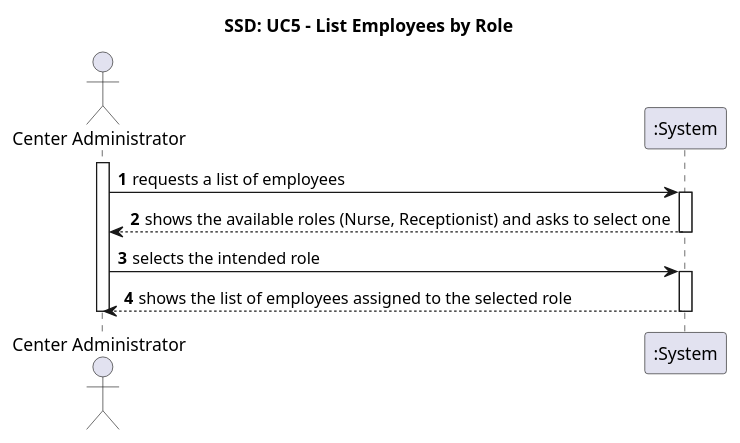
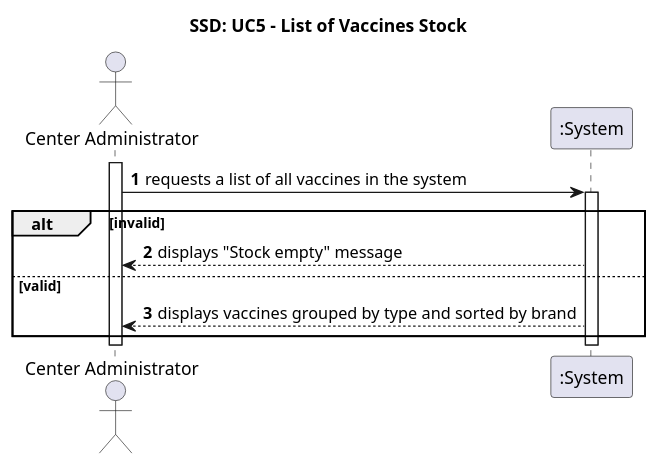
One commit to Andre-1240567/fsoft2026_1DD_1 changed the diagram in Documentation/Use Cases/puml/UC5.puml. Above: the diagram before and after it, drawn with PlantUML. The commit also changed 4 other files, not shown here.

```diff
--- a/Documentation/Use Cases/puml/UC5.puml
+++ b/Documentation/Use Cases/puml/UC5.puml
@@ -1,21 +1,21 @@
-@startuml SSD_ListEmployees
-title SSD: UC5 - List Employees by Role
+@startuml SSD_ListVaccines
+title SSD: UC5 - List of Vaccines Stock
+
 
 actor "Center Administrator" as Admin
 participant ":System" as System
 
 autonumber
+activate Admin
+Admin -> System: requests a list of all vaccines in the system
+activate System
 
-activate Admin
-Admin -> System: requests a list of employees
-activate System
-System --> Admin: shows the available roles (Nurse, Receptionist) and asks to select one
-deactivate System
+alt invalid
+    System --> Admin: displays "Stock empty" message
+else valid
+     System --> Admin: displays vaccines grouped by type and sorted by brand
+end
 
-Admin -> System: selects the intended role
-activate System
-System --> Admin: shows the list of employees assigned to the selected role
 deactivate System
 deactivate Admin
-
 @enduml
```
